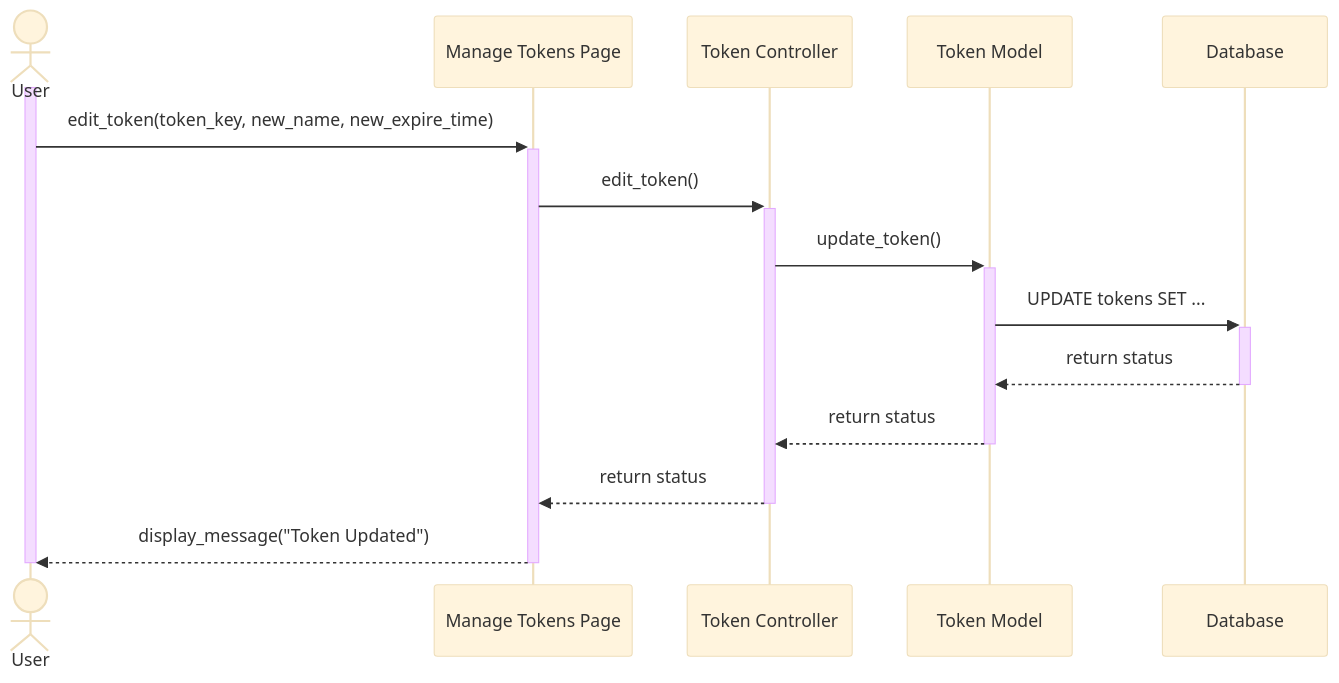
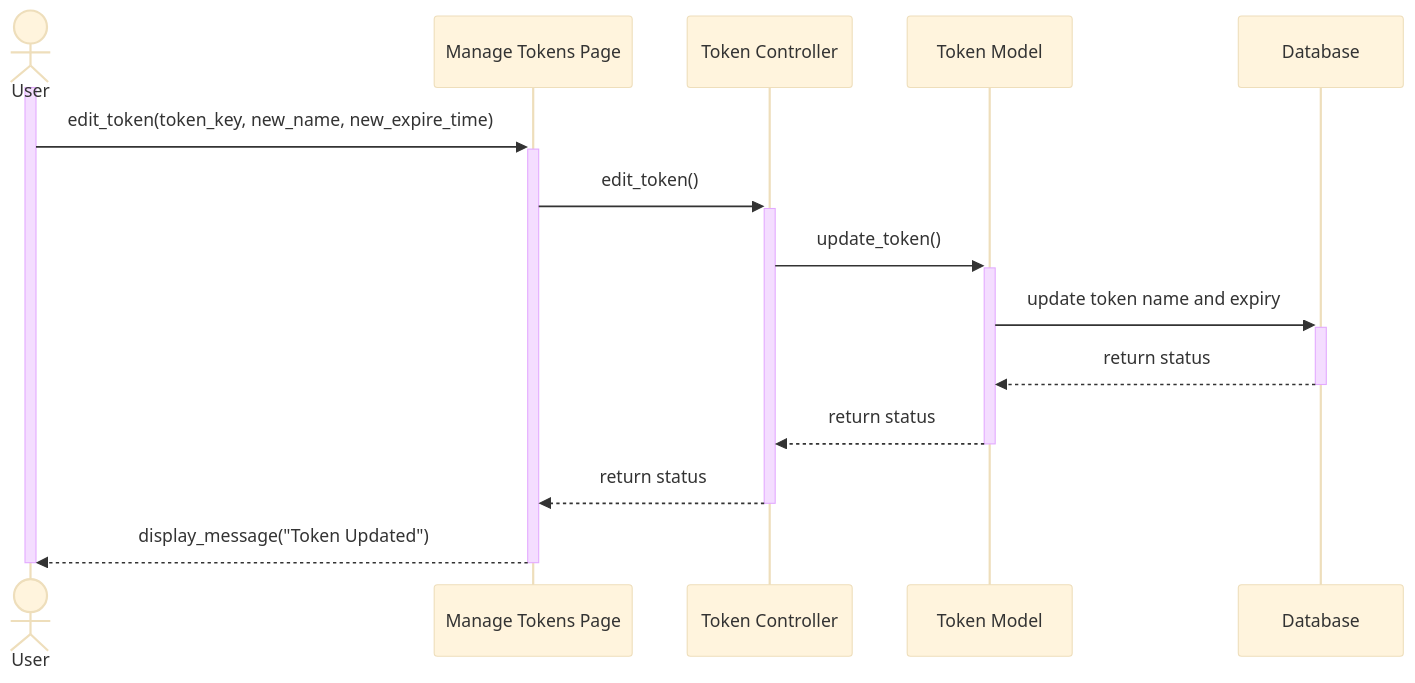
One commit to Tanaphat-Ken/ALPR-V2 changed the sixth of 20 diagrams in SYSTEM_DIAGRAMS.md. Above: the diagram before and after it, drawn with Mermaid (base theme). The commit also changed other lines of this file, not shown here.

````diff
--- a/SYSTEM_DIAGRAMS.md
+++ b/SYSTEM_DIAGRAMS.md
@@ -291,19 +290,19 @@
 ```mermaid
 sequenceDiagram
     actor User
     participant TokenPage as Manage Tokens Page
     participant TokenController as Token Controller
     participant TokenModel as Token Model
     participant DB as Database
 
     activate User
     User->>+TokenPage: edit_token(token_key, new_name, new_expire_time)
     TokenPage->>+TokenController: edit_token()
     TokenController->>+TokenModel: update_token()
-    TokenModel->>+DB: UPDATE tokens SET ...
+    TokenModel->>+DB: update token name and expiry
     DB-->>-TokenModel: return status
     TokenModel-->>-TokenController: return status
     TokenController-->>-TokenPage: return status
     TokenPage-->>-User: display_message("Token Updated")
     deactivate User
 ```
````
